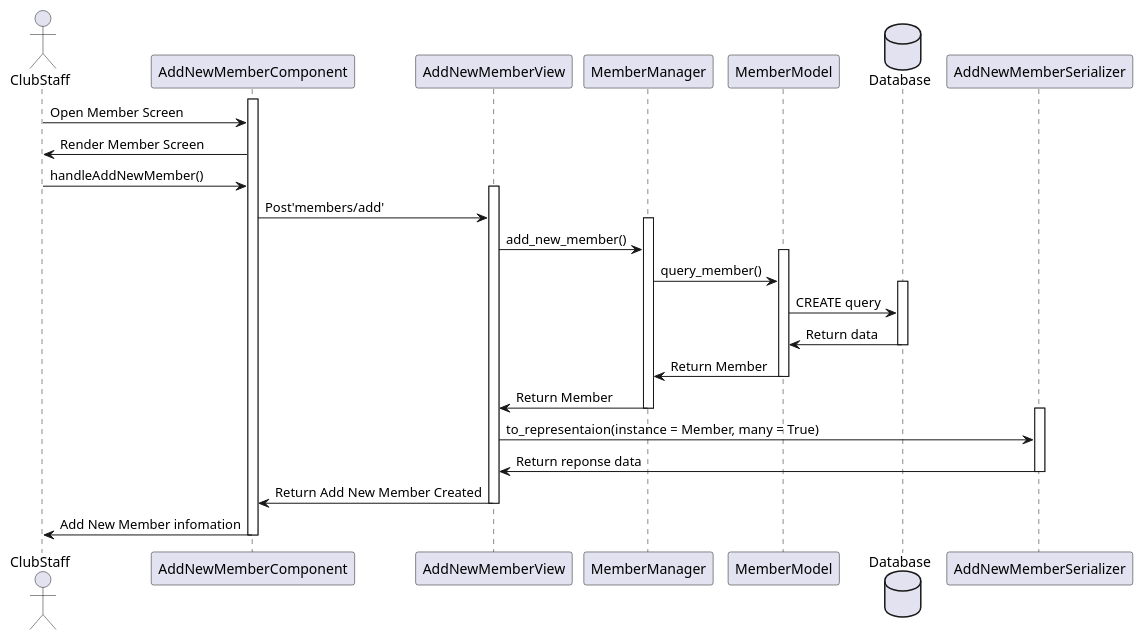
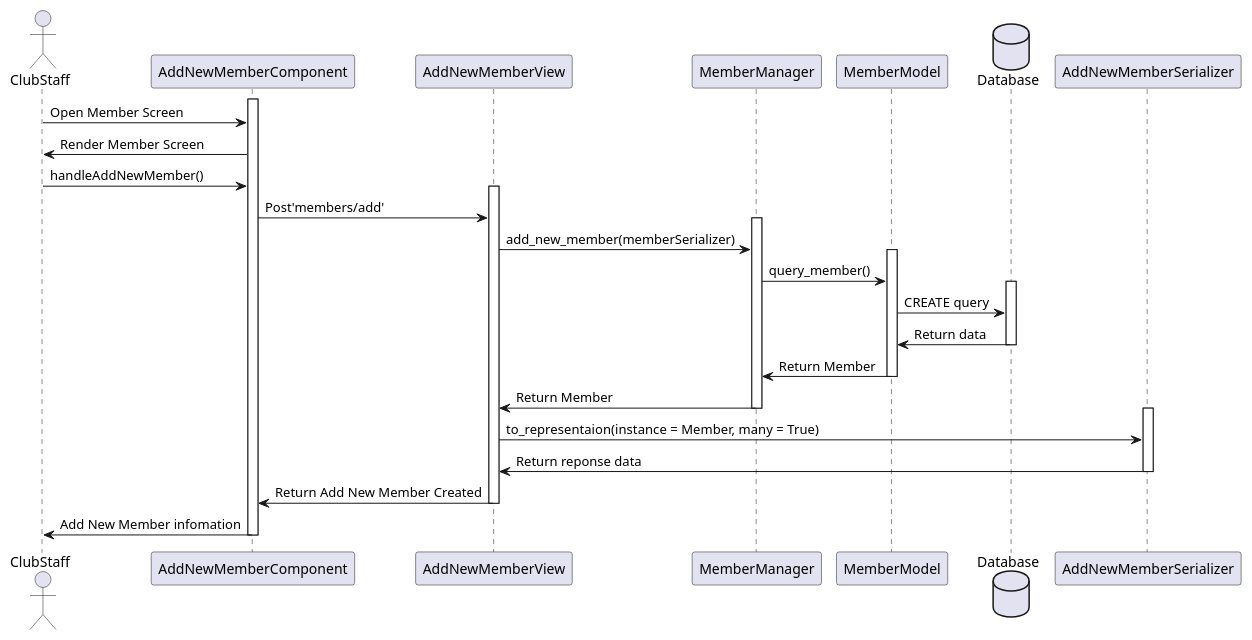
Before and after one commit to ljttl3q04t/Book-Over-There: the diagram in uml/023-sequence-add-new-member.wsd, drawn with PlantUML. The commit also changed 3 other files, not shown here.

Commit message:
update sequence

```diff
--- a/uml/023-sequence-add-new-member.wsd
+++ b/uml/023-sequence-add-new-member.wsd
@@ -1,30 +1,30 @@
 @startuml
 actor ClubStaff
 activate AddNewMemberComponent
 ClubStaff -> AddNewMemberComponent: Open Member Screen
 AddNewMemberComponent -> ClubStaff: Render Member Screen
 ClubStaff -> AddNewMemberComponent: handleAddNewMember()
 activate AddNewMemberView
 AddNewMemberComponent -> AddNewMemberView:Post'members/add'
 activate MemberManager
-AddNewMemberView -> MemberManager: add_new_member()
+AddNewMemberView -> MemberManager: add_new_member(memberSerializer)
 activate MemberModel
 MemberManager -> MemberModel: query_member()
 database Database
 activate Database
 MemberModel -> Database: CREATE query
 Database -> MemberModel: Return data
 deactivate Database
 MemberModel -> MemberManager: Return Member
 deactivate MemberModel
 MemberManager -> AddNewMemberView: Return Member
 deactivate MemberManager
 activate AddNewMemberSerializer
 AddNewMemberView -> AddNewMemberSerializer: to_representaion(instance = Member, many = True)
 AddNewMemberSerializer -> AddNewMemberView: Return reponse data
 deactivate AddNewMemberSerializer
 AddNewMemberView -> AddNewMemberComponent: Return Add New Member Created
 deactivate AddNewMemberView
 AddNewMemberComponent -> ClubStaff: Add New Member infomation
 deactivate AddNewMemberComponent
 @enduml
```
